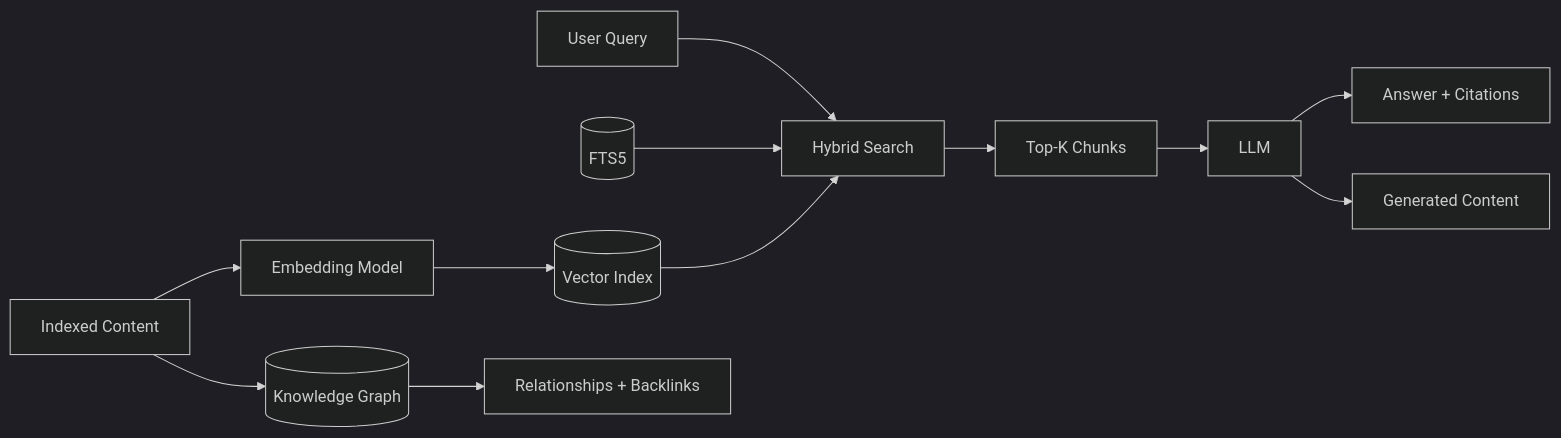
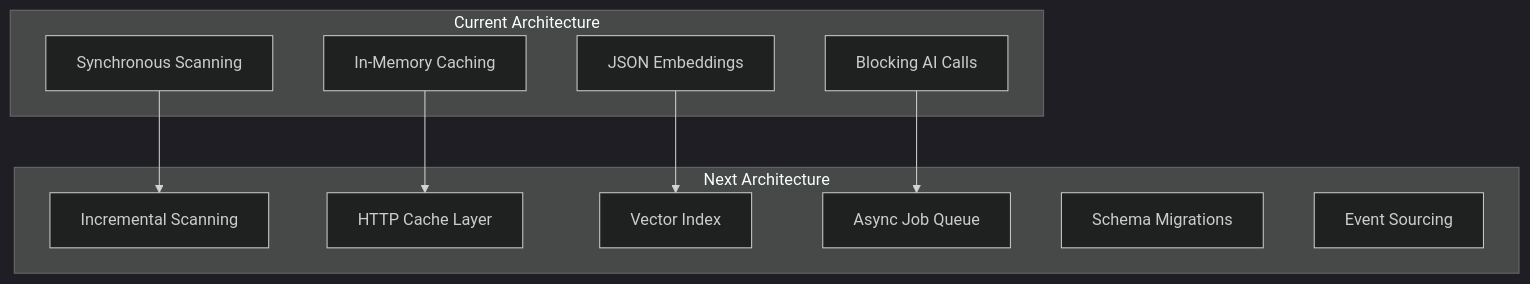
The third of 4 diagrams in docs/future-developments.md (ahmedkhaledmohamed/the-hub), drawn with Mermaid (dark theme) before and after one commit. The commit also changed other lines of this file, not shown here.

````diff
--- a/docs/future-developments.md
+++ b/docs/future-developments.md
@@ -120,14 +249,23 @@
 ```mermaid
-flowchart LR
-    Content[Indexed Content] --> Embed[Embedding Model]
-    Embed --> VecIdx[(Vector Index)]
-    Query[User Query] --> Hybrid[Hybrid Search]
-    FTS[(FTS5)] --> Hybrid
-    VecIdx --> Hybrid
-    Hybrid --> TopK[Top-K Chunks]
-    TopK --> LLM[LLM]
-    LLM --> Answer[Answer + Citations]
-    LLM --> Generate[Generated Content]
-    Content --> Graph[(Knowledge Graph)]
-    Graph --> Links[Relationships + Backlinks]
+flowchart TD
+    subgraph Current["Current Architecture"]
+        Sync[Synchronous Scanning]
+        InMem[In-Memory Caching]
+        JSON[JSON Embeddings]
+        Block[Blocking AI Calls]
+    end
+
+    subgraph Next["Next Architecture"]
+        Incr[Incremental Scanning]
+        Cache[HTTP Cache Layer]
+        Vec[Vector Index]
+        Queue[Async Job Queue]
+        Migrate[Schema Migrations]
+        Events[Event Sourcing]
+    end
+
+    Sync --> Incr
+    InMem --> Cache
+    JSON --> Vec
+    Block --> Queue
 ```
````
